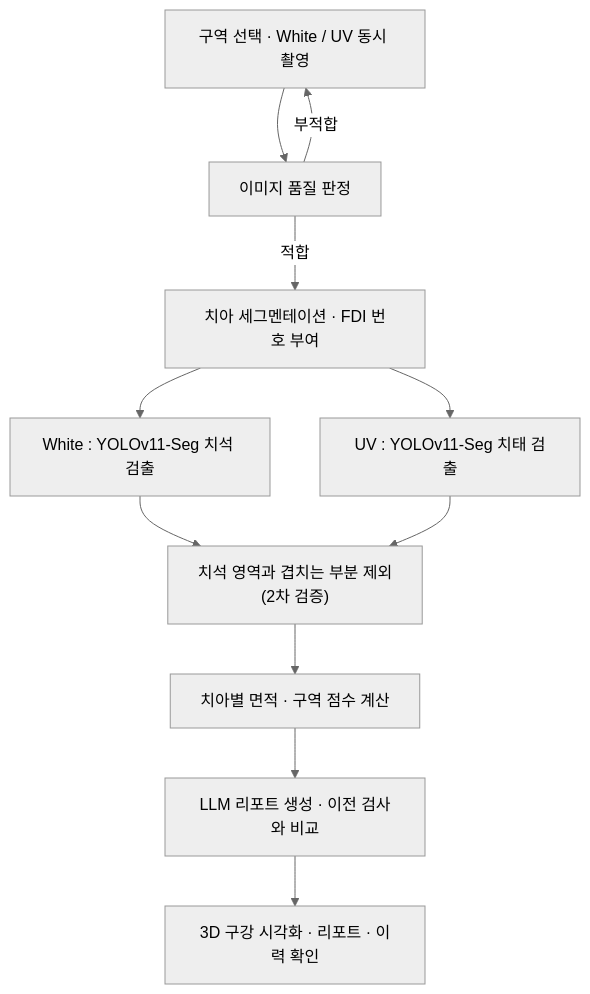
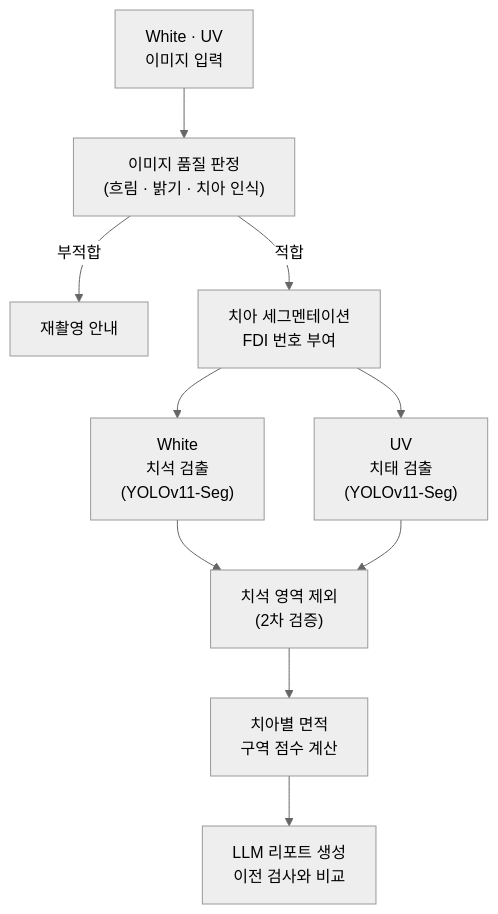
The diagram in profile/README.md (HabiTooth/.github), drawn with Mermaid (neutral theme) before and after one commit. The commit also changed other lines of this file, not shown here.

````diff
--- a/profile/README.md
+++ b/profile/README.md
@@ -119,13 +119,12 @@
 ```mermaid
 flowchart TD
-    A["구역 선택 · White / UV 동시 촬영"] --> B["이미지 품질 판정"]
-    B -- 부적합 --> A
-    B -- 적합 --> C["치아 세그멘테이션 · FDI 번호 부여"]
-    C --> E["White : YOLOv11-Seg 치석 검출"]
-    C --> F["UV : YOLOv11-Seg 치태 검출"]
-    E --> G["치석 영역과 겹치는 부분 제외<br/>(2차 검증)"]
+    A["White · UV<br/>이미지 입력"] --> B["이미지 품질 판정<br/>(흐림 · 밝기 · 치아 인식)"]
+    B -- 부적합 --> R["재촬영 안내"]
+    B -- 적합 --> C["치아 세그멘테이션<br/>FDI 번호 부여"]
+    C --> E["White<br/>치석 검출<br/>(YOLOv11-Seg)"]
+    C --> F["UV<br/>치태 검출<br/>(YOLOv11-Seg)"]
+    E --> G["치석 영역 제외<br/>(2차 검증)"]
     F --> G
-    G --> H["치아별 면적 · 구역 점수 계산"]
-    H --> I["LLM 리포트 생성 · 이전 검사와 비교"]
-    I --> J["3D 구강 시각화 · 리포트 · 이력 확인"]
+    G --> H["치아별 면적<br/>구역 점수 계산"]
+    H --> I["LLM 리포트 생성<br/>이전 검사와 비교"]
 ```
````
